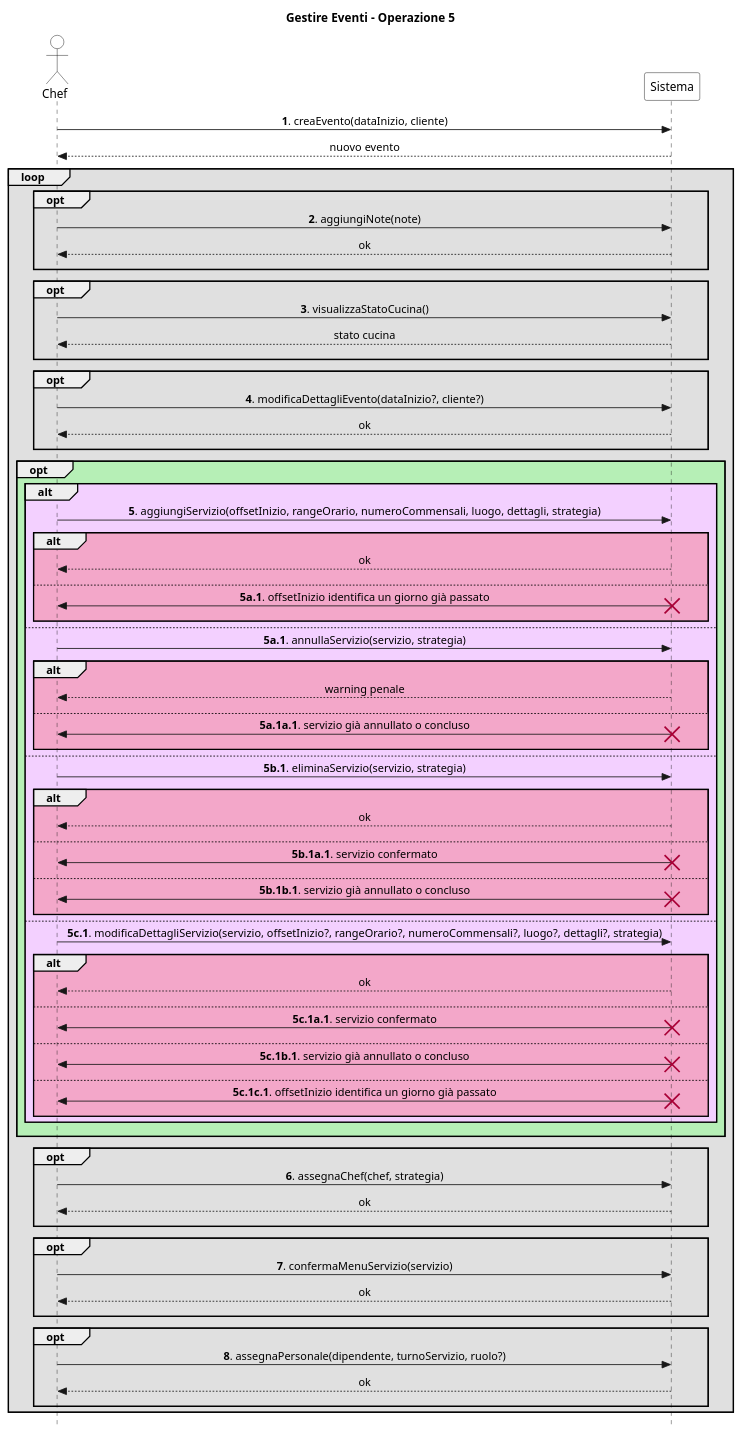
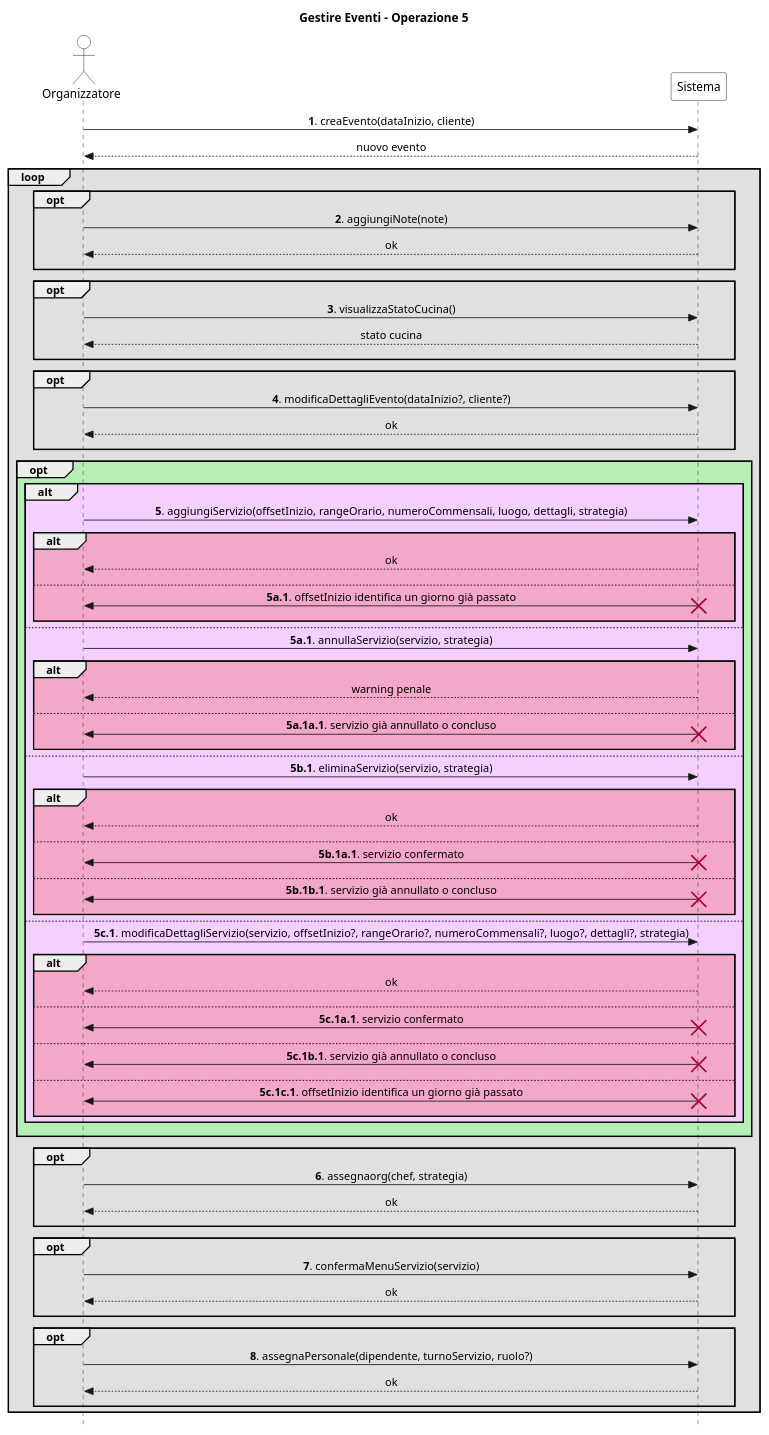
Before and after one commit to stefa168/sas-project: the diagram in UP/Requisiti/UC Gestire Eventi/SSD/Estensioni-Eccezioni Op5.puml, drawn with PlantUML. The commit also changed 5 other files, not shown here.

```diff
--- a/UP/Requisiti/UC Gestire Eventi/SSD/Estensioni-Eccezioni Op5.puml
+++ b/UP/Requisiti/UC Gestire Eventi/SSD/Estensioni-Eccezioni Op5.puml
@@ -1,114 +1,114 @@
 @startuml
 skinparam Style strictuml
 skinparam SequenceMessageAlign center
 
 skinparam sequence {
     ActorBorderColor Black
     ActorBackgroundColor White
     ParticipantBorderColor Black
     ParticipantBackgroundColor White
 }
 
-actor Chef
+actor "Organizzatore" as org
 participant Sistema
 
 title Gestire Eventi - Operazione 5
 
-Chef -> Sistema: **1**. creaEvento(dataInizio, cliente)
+org -> Sistema: **1**. creaEvento(dataInizio, cliente)
 return nuovo evento
 
 loop #e0e0e0
     opt #e0e0e0
-        Chef -> Sistema: **2**. aggiungiNote(note)
+        org -> Sistema: **2**. aggiungiNote(note)
         return ok
         ||10||
     end
 
     opt #e0e0e0
-        Chef -> Sistema: **3**. visualizzaStatoCucina()
+        org -> Sistema: **3**. visualizzaStatoCucina()
         return stato cucina
         ||10||
     end
 
     opt #e0e0e0
-        Chef -> Sistema: **4**. modificaDettagliEvento(dataInizio?, cliente?)
+        org -> Sistema: **4**. modificaDettagliEvento(dataInizio?, cliente?)
         return ok
         ||10||
     end
 
     opt #b6efb6
         alt #f3d0ff
-            Chef -> Sistema: **5**. aggiungiServizio(offsetInizio, rangeOrario, numeroCommensali, luogo, dettagli, strategia)
+            org -> Sistema: **5**. aggiungiServizio(offsetInizio, rangeOrario, numeroCommensali, luogo, dettagli, strategia)
             alt #f3a7c9
                 return ok
                 ||10||
             else
-                Chef <- Sistema: **5a.1**. offsetInizio identifica un giorno già passato
+                org <- Sistema: **5a.1**. offsetInizio identifica un giorno già passato
                 destroy Sistema
                 ||10||
             end
         else
-            Chef -> Sistema: **5a.1**. annullaServizio(servizio, strategia)
+            org -> Sistema: **5a.1**. annullaServizio(servizio, strategia)
             alt #f3a7c9
                 return warning penale
                 ||10||
             else
-                Chef <- Sistema: **5a.1a.1**. servizio già annullato o concluso
+                org <- Sistema: **5a.1a.1**. servizio già annullato o concluso
                 destroy Sistema
                 ||10||
             end
         else
-            Chef -> Sistema: **5b.1**. eliminaServizio(servizio, strategia)
+            org -> Sistema: **5b.1**. eliminaServizio(servizio, strategia)
             alt #f3a7c9
                 return ok
                 ||10||
             else
-                Chef <- Sistema: **5b.1a.1**. servizio confermato
+                org <- Sistema: **5b.1a.1**. servizio confermato
                 destroy Sistema
                 ||10||
             else
-                Chef <- Sistema: **5b.1b.1**. servizio già annullato o concluso
+                org <- Sistema: **5b.1b.1**. servizio già annullato o concluso
                 destroy Sistema
                 ||10||
             end
         else
-            Chef -> Sistema: **5c.1**. modificaDettagliServizio(servizio, offsetInizio?, rangeOrario?, numeroCommensali?, luogo?, dettagli?, strategia)
+            org -> Sistema: **5c.1**. modificaDettagliServizio(servizio, offsetInizio?, rangeOrario?, numeroCommensali?, luogo?, dettagli?, strategia)
             alt #f3a7c9
                 return ok
                 ||10||
             else
-                Chef <- Sistema: **5c.1a.1**. servizio confermato
+                org <- Sistema: **5c.1a.1**. servizio confermato
                 destroy Sistema
                 ||10||
             else
-                Chef <- Sistema: **5c.1b.1**. servizio già annullato o concluso
+                org <- Sistema: **5c.1b.1**. servizio già annullato o concluso
                 destroy Sistema
                 ||10||
             else
-                Chef <- Sistema: **5c.1c.1**. offsetInizio identifica un giorno già passato
+                org <- Sistema: **5c.1c.1**. offsetInizio identifica un giorno già passato
                 destroy Sistema
                 ||10||
             end
         end
         ||10||
     end
 
     opt #e0e0e0
-        Chef -> Sistema: **6**. assegnaChef(chef, strategia)
+        org -> Sistema: **6**. assegnaorg(chef, strategia)
         return ok
         ||10||
     end
 
     opt #e0e0e0
-        Chef -> Sistema: **7**. confermaMenuServizio(servizio)
+        org -> Sistema: **7**. confermaMenuServizio(servizio)
         return ok
         ||10||
     end
 
     opt #e0e0e0
-        Chef -> Sistema: **8**. assegnaPersonale(dipendente, turnoServizio, ruolo?)
+        org -> Sistema: **8**. assegnaPersonale(dipendente, turnoServizio, ruolo?)
         return ok
         ||10||
     end
 end
 @enduml
```
